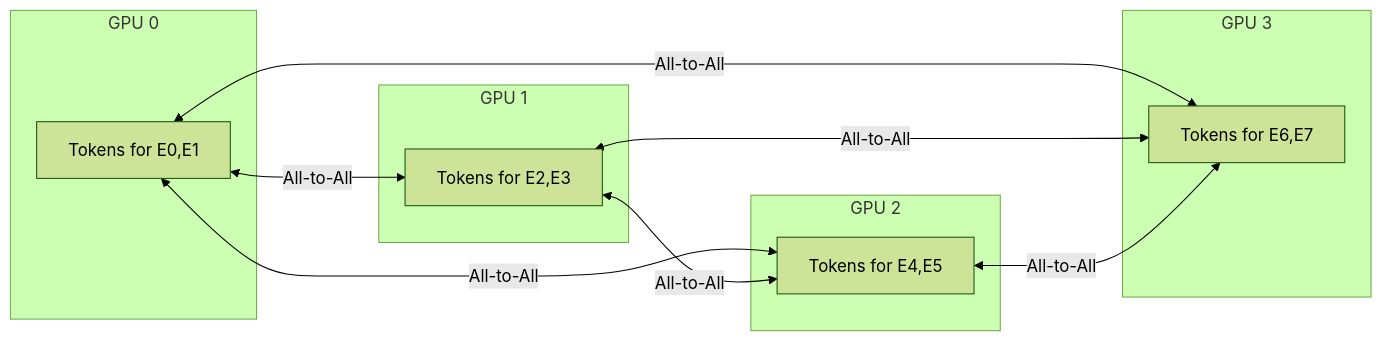
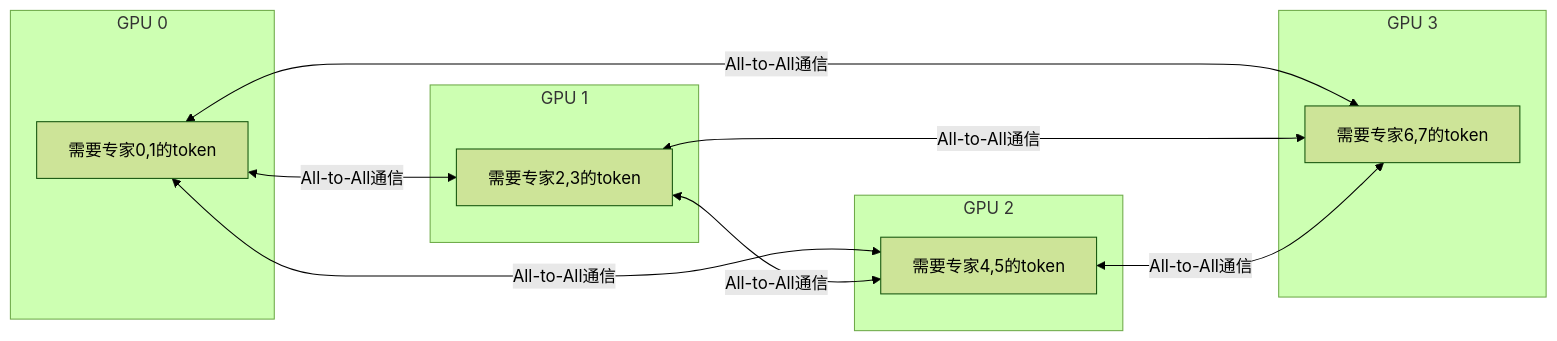
The third of 3 diagrams in learning/website/docs/basics/21-moe.md (Xunzhuo/mini-sglang), drawn with Mermaid (forest theme) before and after one commit. The commit also changed other lines of this file and 23 other files, not shown here.

````diff
--- a/learning/website/docs/basics/21-moe.md
+++ b/learning/website/docs/basics/21-moe.md
@@ -345,22 +343,22 @@
 ```mermaid
 graph LR
     subgraph GPU 0
-        T0[Tokens for E0,E1]
+        T0[需要专家0,1的token]
     end
     subgraph GPU 1
-        T1[Tokens for E2,E3]
+        T1[需要专家2,3的token]
     end
     subgraph GPU 2
-        T2[Tokens for E4,E5]
+        T2[需要专家4,5的token]
     end
     subgraph GPU 3
-        T3[Tokens for E6,E7]
+        T3[需要专家6,7的token]
     end
     
-    T0 <-->|All-to-All| T1
-    T0 <-->|All-to-All| T2
-    T0 <-->|All-to-All| T3
-    T1 <-->|All-to-All| T2
-    T1 <-->|All-to-All| T3
-    T2 <-->|All-to-All| T3
+    T0 <-->|All-to-All通信| T1
+    T0 <-->|All-to-All通信| T2
+    T0 <-->|All-to-All通信| T3
+    T1 <-->|All-to-All通信| T2
+    T1 <-->|All-to-All通信| T3
+    T2 <-->|All-to-All通信| T3
 ```
````
